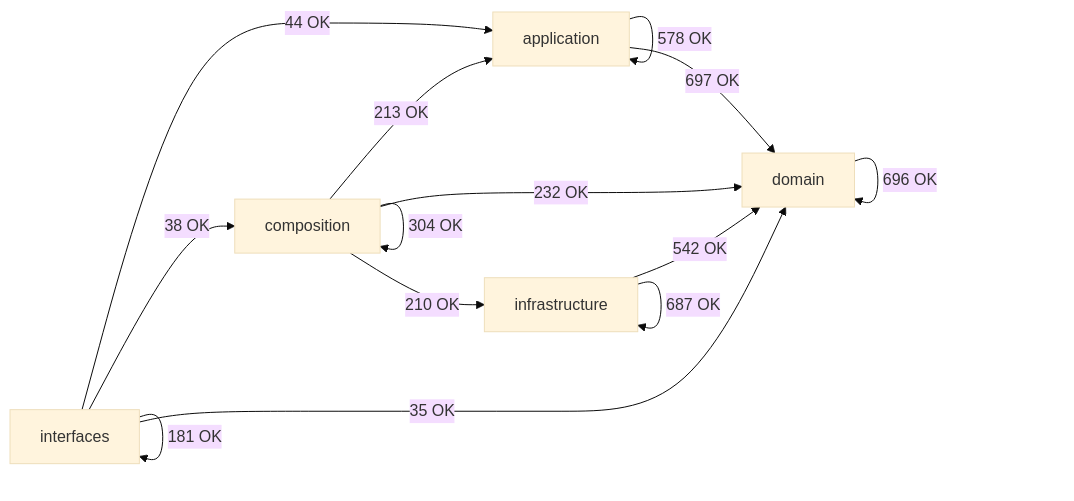
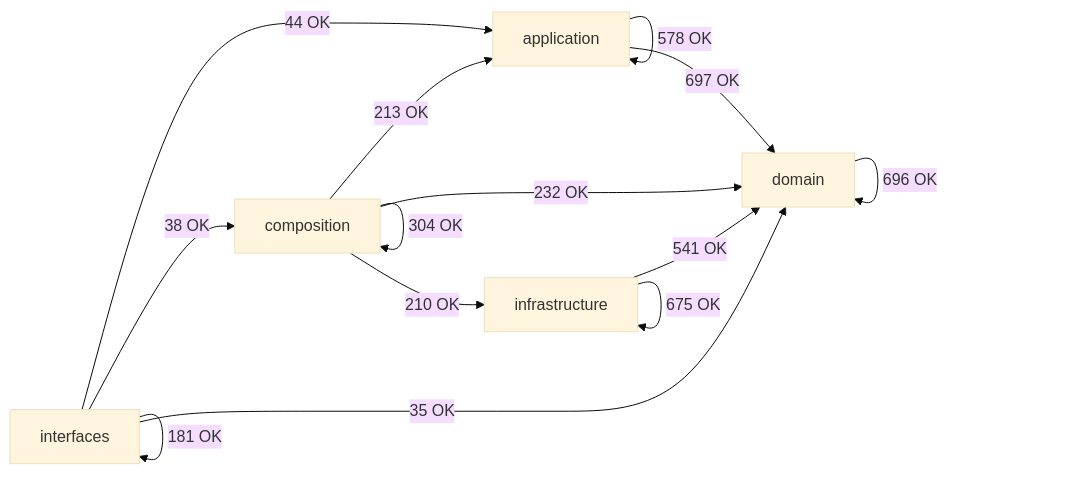
One commit to SatoryKono/BioactivityDataAcquisition changed the diagram in docs/02-architecture/generated/module-dependency-map.md. Above: the diagram before and after it, drawn with Mermaid (base theme). The commit also changed other lines of this file and 10 other files, not shown here.

````diff
--- a/docs/02-architecture/generated/module-dependency-map.md
+++ b/docs/02-architecture/generated/module-dependency-map.md
@@ -16,21 +16,21 @@
 ```mermaid
 flowchart LR
     domain[domain]
     application[application]
     infrastructure[infrastructure]
     composition[composition]
     interfaces[interfaces]
     application -->|578 OK| application
     application -->|697 OK| domain
     composition -->|213 OK| application
     composition -->|304 OK| composition
     composition -->|232 OK| domain
     composition -->|210 OK| infrastructure
     domain -->|696 OK| domain
-    infrastructure -->|542 OK| domain
-    infrastructure -->|687 OK| infrastructure
+    infrastructure -->|541 OK| domain
+    infrastructure -->|675 OK| infrastructure
     interfaces -->|44 OK| application
     interfaces -->|38 OK| composition
     interfaces -->|35 OK| domain
     interfaces -->|181 OK| interfaces
 ```
````
